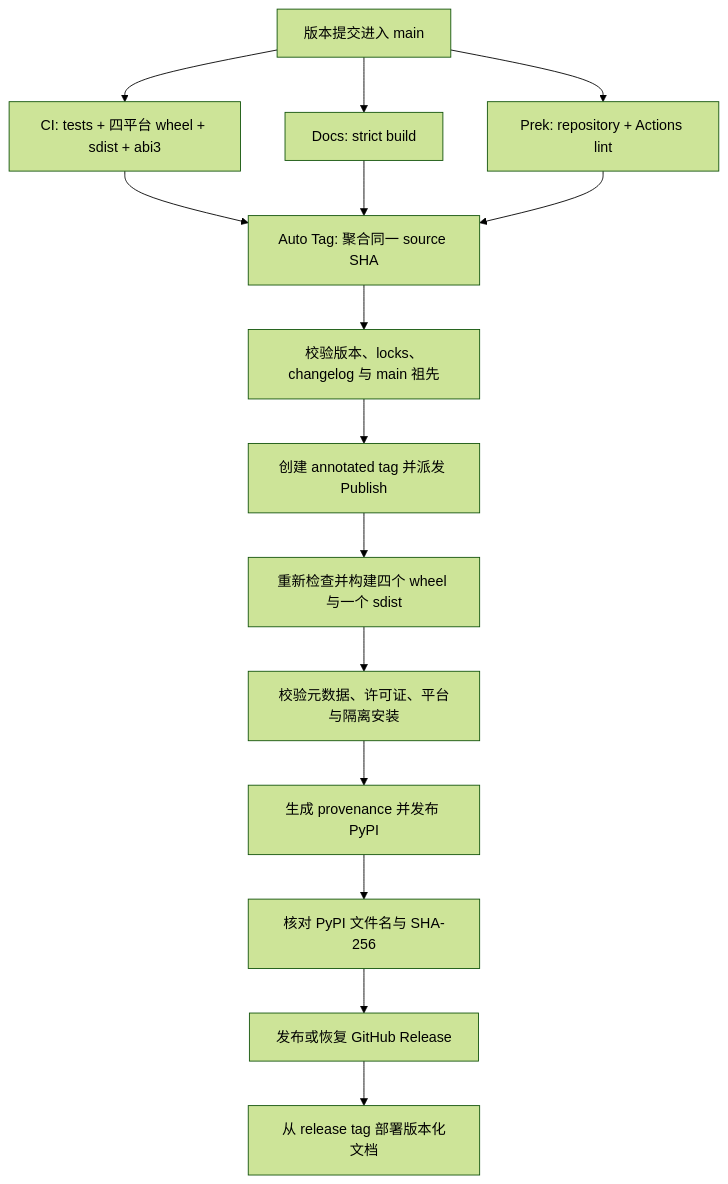
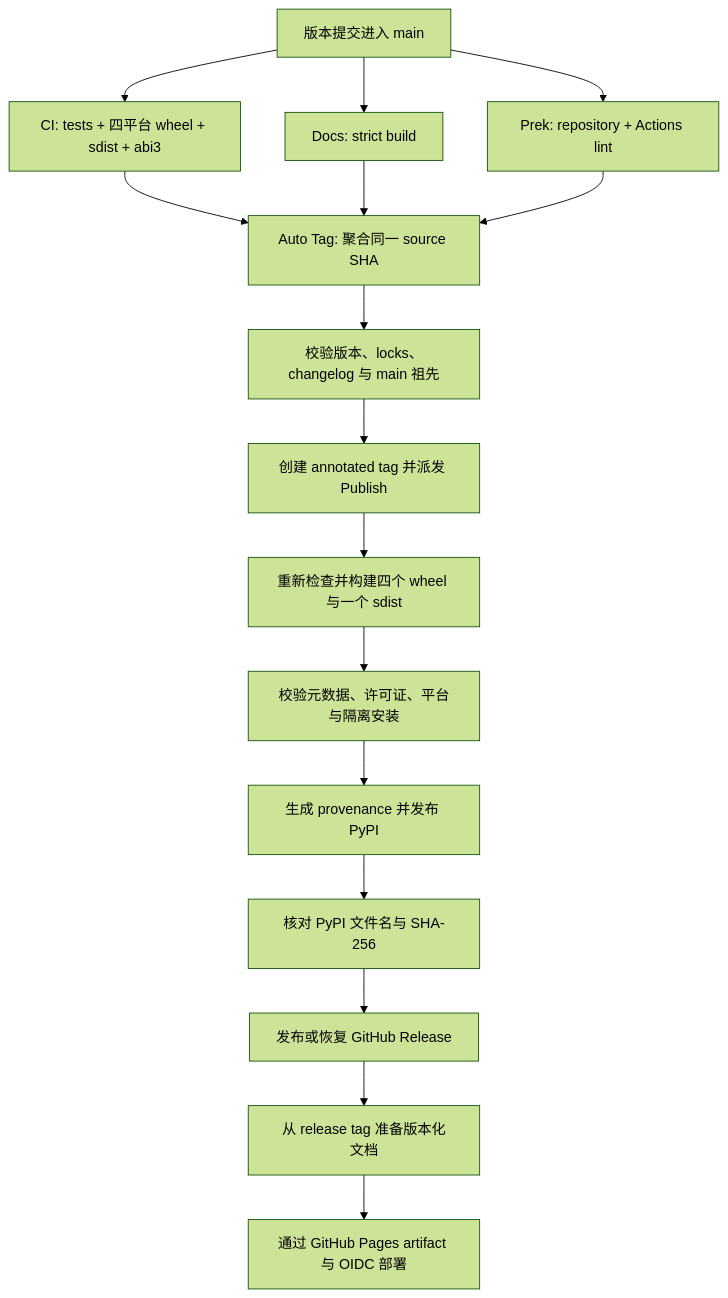
Before and after one commit to BalconyJH/takumi-py: the diagram in docs/maintainers/releasing.md, drawn with Mermaid (forest theme). The commit also changed other lines of this file and 3 other files, not shown here.

Commit message:
ci(docs): deploy releases through GitHub Pages

````diff
--- a/docs/maintainers/releasing.md
+++ b/docs/maintainers/releasing.md
@@ -34,17 +34,18 @@
 ```mermaid
 flowchart TD
     M["版本提交进入 main"] --> C["CI: tests + 四平台 wheel + sdist + abi3"]
     M --> D["Docs: strict build"]
     M --> K["Prek: repository + Actions lint"]
     C --> T["Auto Tag: 聚合同一 source SHA"]
     D --> T
     K --> T
     T --> V["校验版本、locks、changelog 与 main 祖先"]
     V --> G["创建 annotated tag 并派发 Publish"]
     G --> B["重新检查并构建四个 wheel 与一个 sdist"]
     B --> A["校验元数据、许可证、平台与隔离安装"]
     A --> P["生成 provenance 并发布 PyPI"]
     P --> H["核对 PyPI 文件名与 SHA-256"]
     H --> R["发布或恢复 GitHub Release"]
-    R --> X["从 release tag 部署版本化文档"]
+    R --> X["从 release tag 准备版本化文档"]
+    X --> Y["通过 GitHub Pages artifact 与 OIDC 部署"]
 ```
````
